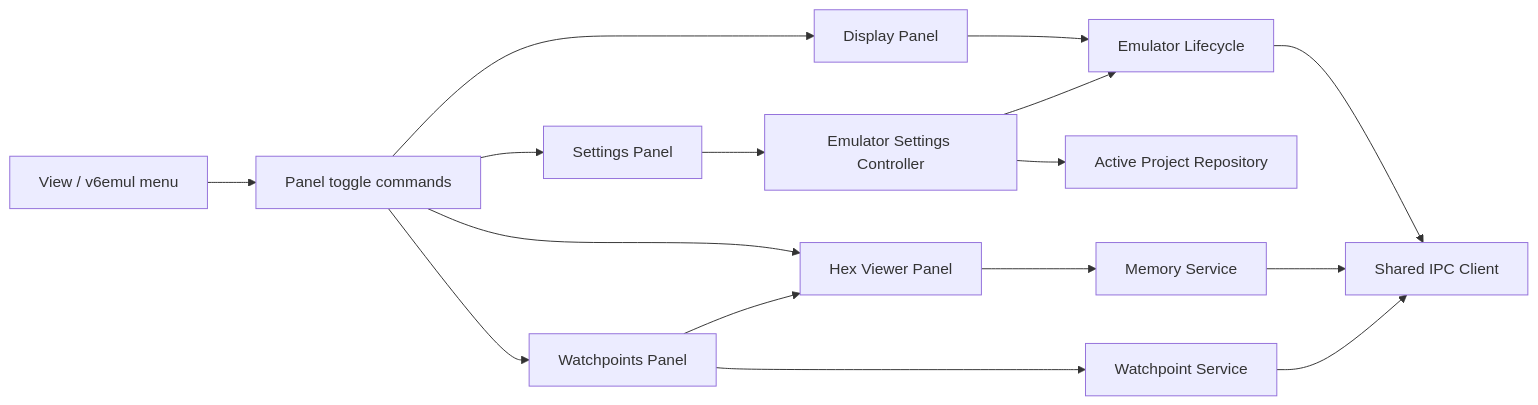
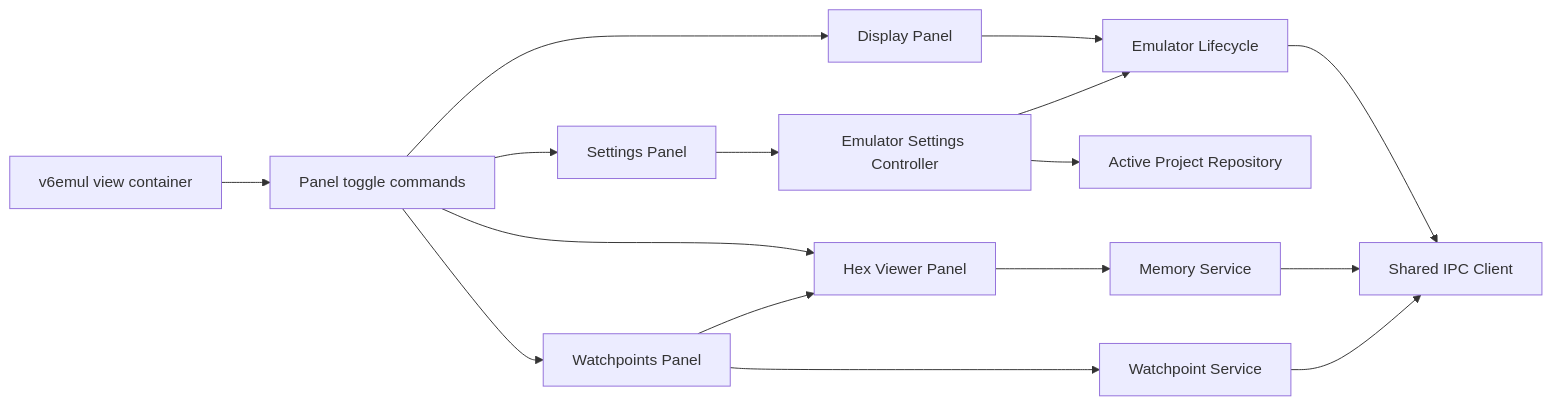
One commit to parallelno/v6vscode changed the diagram in design/features/v6emul-menu-and-panels-plan.md. Above: the diagram before and after it, drawn with Mermaid. The commit also changed other lines of this file and 28 other files, not shown here.

````diff
--- a/design/features/v6emul-menu-and-panels-plan.md
+++ b/design/features/v6emul-menu-and-panels-plan.md
@@ -124,18 +126,18 @@
 ```mermaid
 flowchart LR
-    Menu[View / v6emul menu] --> Commands[Panel toggle commands]
+    Menu[v6emul view container] --> Commands[Panel toggle commands]
     Commands --> Settings[Settings Panel]
     Commands --> Display[Display Panel]
     Commands --> Hex[Hex Viewer Panel]
     Commands --> Watch[Watchpoints Panel]
     Settings --> SettingsController[Emulator Settings Controller]
     Display --> Lifecycle[Emulator Lifecycle]
     SettingsController --> Lifecycle
     SettingsController --> Project[Active Project Repository]
     Hex --> Memory[Memory Service]
     Watch --> WatchService[Watchpoint Service]
     Watch --> Hex
     Lifecycle --> Client[Shared IPC Client]
     Memory --> Client
     WatchService --> Client
 ```
````
